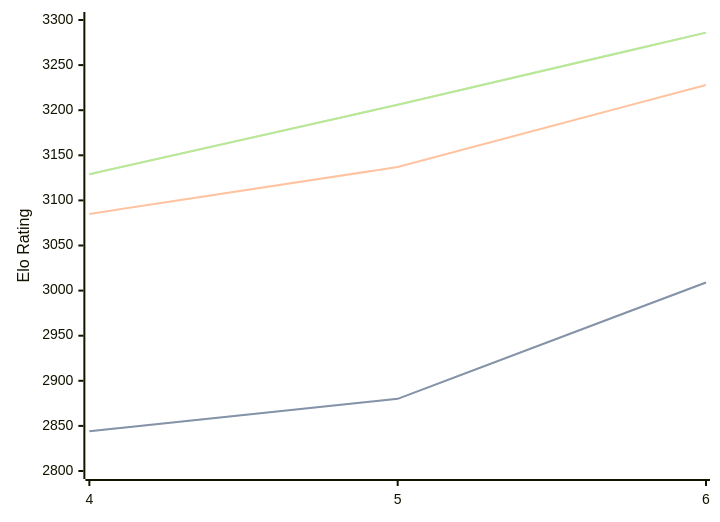
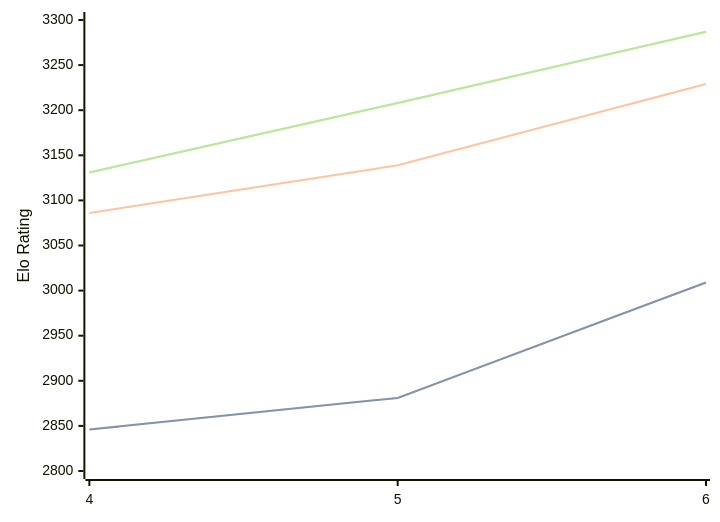
The diagram in engines/Cwtch.md (computer-chess-index/cci), drawn with Mermaid before and after one commit. The commit also changed other lines of this file, not shown here.

Commit message:
Update CCI Ratings (ELO VLTC) - 2026-08-26

````diff
--- a/engines/Cwtch.md
+++ b/engines/Cwtch.md
@@ -34,11 +34,11 @@
 ```mermaid
 %%{init: {"theme":"base","themeVariables":{"seriesColors:['#a3a3a3','#222221','#faa371']}}}%%
 xychart-beta
   x-axis ["4", "5", "6"]
   y-axis "Elo Rating" 2800 --> 3300
-  line "STC (8.0+0.08s)" [2844, 2880, 3009]
-  line "STC (8.0+0.08s)" [2844, 2880, 3009]
-  line "LTC (60.0+0.60s)" [3085, 3137, 3228]
-  line "VLTC (2m24s+1.12s)" [3129, 3206, 3286]
-  line "VLTC (2m24s+1.12s)" [3129, 3206, 3286]
+  line "STC (8.0+0.08s)" [2846, 2881, 3009]
+  line "STC (8.0+0.08s)" [2846, 2881, 3009]
+  line "LTC (60.0+0.60s)" [3086, 3139, 3229]
+  line "VLTC (2m24s+1.12s)" [3131, 3208, 3287]
+  line "VLTC (2m24s+1.12s)" [3131, 3208, 3287]
 ```
````
